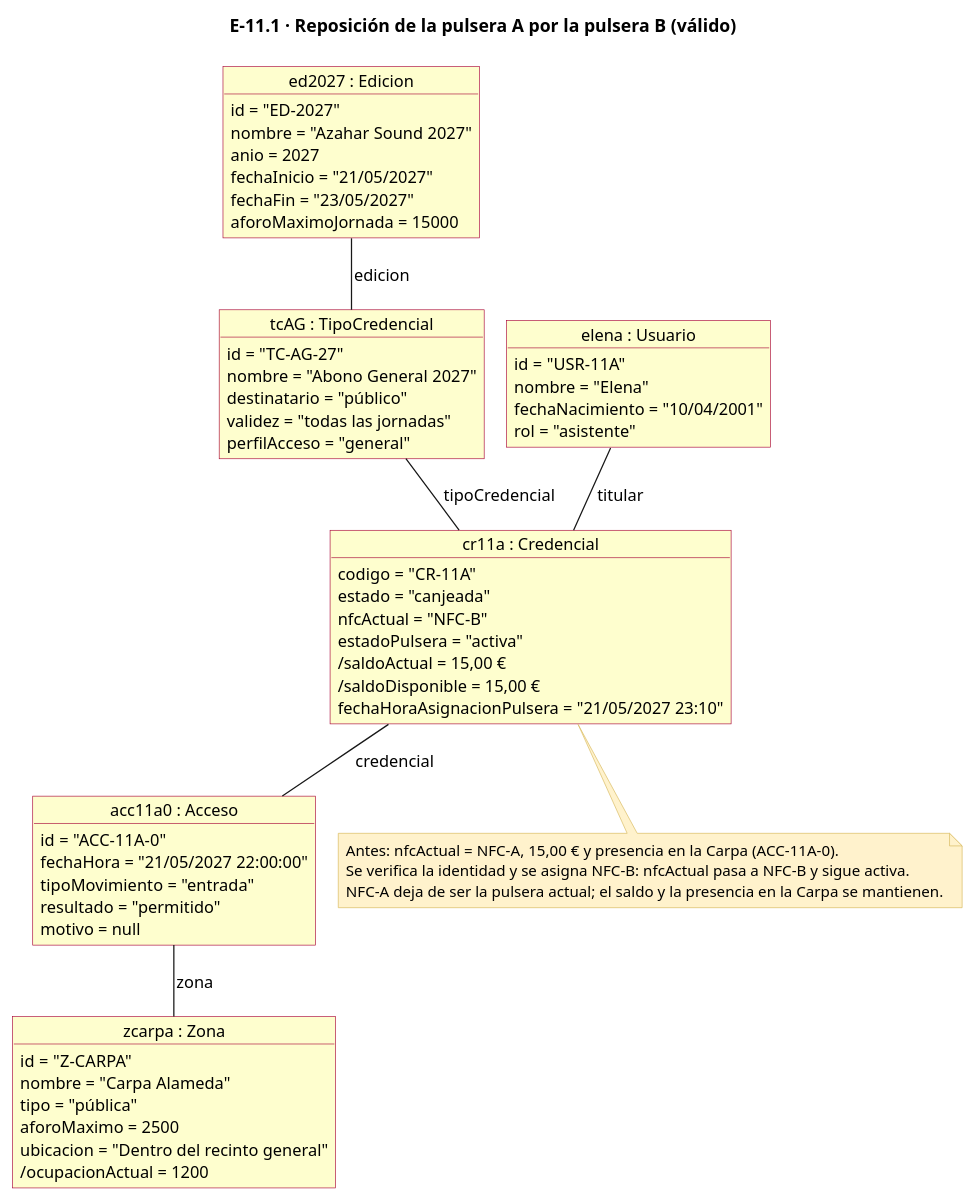
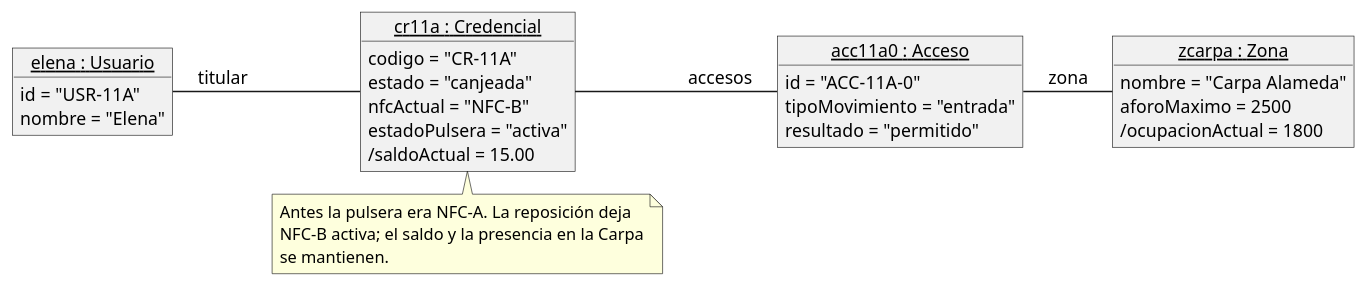
The diagram in docs/diagramas/escenarios/e11-1.puml (Antmungar2/proyecto-curso-iissi1-2026-antmungar2), drawn with PlantUML before and after one commit. The commit also changed 30 other files, not shown here.

Commit message:
E2: simplificar diagramas de R.N.10 y R.N.11 al estilo de Darya

```diff
--- a/docs/diagramas/escenarios/e11-1.puml
+++ b/docs/diagramas/escenarios/e11-1.puml
@@ -1,79 +1,53 @@
 @startuml
 !pragma layout smetana
-title E-11.1 · Reposición de la pulsera A por la pulsera B (válido)
 hide empty members
-top to bottom direction
 skinparam backgroundColor #FFFFFF
+skinparam shadowing false
 skinparam defaultFontName Helvetica
-skinparam defaultFontSize 13
+skinparam defaultFontSize 14
 skinparam object {
-  BackgroundColor #FEFECE
-  BorderColor #A80036
+  BackgroundColor #F1F1F1
+  BorderColor #181818
+  FontSize 14
+}
+skinparam note {
+  BackgroundColor #FEFFDD
+  BorderColor #181818
   FontSize 13
 }
-skinparam note {
-  BackgroundColor #FFF2CC
-  BorderColor #D6B656
-  FontSize 12
-}
 skinparam nodesep 30
-skinparam ranksep 30
+skinparam ranksep 35
+left to right direction
 
-object "ed2027 : Edicion" as ed2027 {
-  id = "ED-2027"
-  nombre = "Azahar Sound 2027"
-  anio = 2027
-  fechaInicio = "21/05/2027"
-  fechaFin = "23/05/2027"
-  aforoMaximoJornada = 15000
-}
-object "zcarpa : Zona" as zcarpa {
-  id = "Z-CARPA"
-  nombre = "Carpa Alameda"
-  tipo = "pública"
-  aforoMaximo = 2500
-  ubicacion = "Dentro del recinto general"
-  /ocupacionActual = 1200
-}
-object "tcAG : TipoCredencial" as tcAG {
-  id = "TC-AG-27"
-  nombre = "Abono General 2027"
-  destinatario = "público"
-  validez = "todas las jornadas"
-  perfilAcceso = "general"
-}
-object "elena : Usuario" as elena {
+object "<u>elena : Usuario</u>" as elena {
   id = "USR-11A"
   nombre = "Elena"
-  fechaNacimiento = "10/04/2001"
-  rol = "asistente"
 }
-object "cr11a : Credencial" as cr11a {
+object "<u>cr11a : Credencial</u>" as cr11a {
   codigo = "CR-11A"
   estado = "canjeada"
   nfcActual = "NFC-B"
   estadoPulsera = "activa"
-  /saldoActual = 15,00 €
-  /saldoDisponible = 15,00 €
-  fechaHoraAsignacionPulsera = "21/05/2027 23:10"
+  /saldoActual = 15.00
 }
-object "acc11a0 : Acceso" as acc11a0 {
+object "<u>acc11a0 : Acceso</u>" as acc11a0 {
   id = "ACC-11A-0"
-  fechaHora = "21/05/2027 22:00:00"
   tipoMovimiento = "entrada"
   resultado = "permitido"
-  motivo = null
+}
+object "<u>zcarpa : Zona</u>" as zcarpa {
+  nombre = "Carpa Alameda"
+  aforoMaximo = 2500
+  /ocupacionActual = 1800
 }
 
-ed2027 -- tcAG : edicion
-tcAG -- cr11a : tipoCredencial
 elena -- cr11a : titular
-cr11a -- acc11a0 : credencial
+cr11a -- acc11a0 : accesos
 acc11a0 -- zcarpa : zona
 
 note bottom of cr11a
-Antes: nfcActual = NFC-A, 15,00 € y presencia en la Carpa (ACC-11A-0).
-Se verifica la identidad y se asigna NFC-B: nfcActual pasa a NFC-B y sigue activa.
-NFC-A deja de ser la pulsera actual; el saldo y la presencia en la Carpa se mantienen.
+Antes la pulsera era NFC-A. La reposición deja
+NFC-B activa; el saldo y la presencia en la Carpa
+se mantienen.
 end note
 @enduml
```
